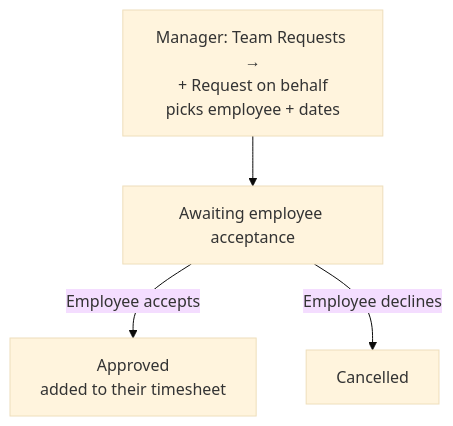
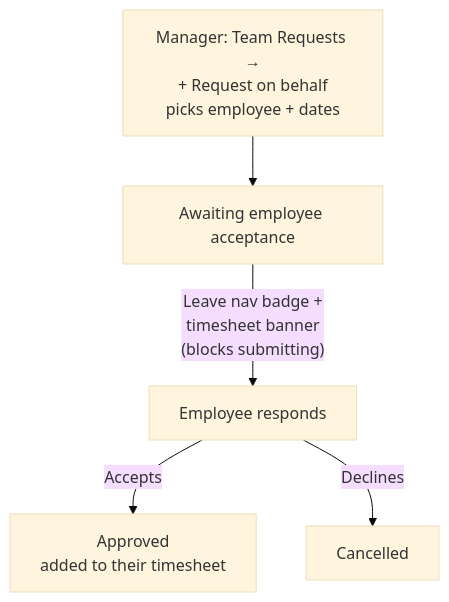
One commit to ethanbrown7619-eng/Timeium changed the fifth of 8 diagrams in docs/USER-GUIDE.md. Above: the diagram before and after it, drawn with Mermaid (base theme). The commit also changed other lines of this file and 3 other files, not shown here.

````diff
--- a/docs/USER-GUIDE.md
+++ b/docs/USER-GUIDE.md
@@ -150,6 +163,7 @@
 ```mermaid
 flowchart TD
     M[Manager: Team Requests →<br/>+ Request on behalf<br/>picks employee + dates] --> PE[Awaiting employee acceptance]
-    PE -->|Employee accepts| AP[Approved<br/>added to their timesheet]
-    PE -->|Employee declines| CA[Cancelled]
+    PE -->|"Leave nav badge +<br/>timesheet banner<br/>(blocks submitting)"| E[Employee responds]
+    E -->|Accepts| AP[Approved<br/>added to their timesheet]
+    E -->|Declines| CA[Cancelled]
 ```
````
